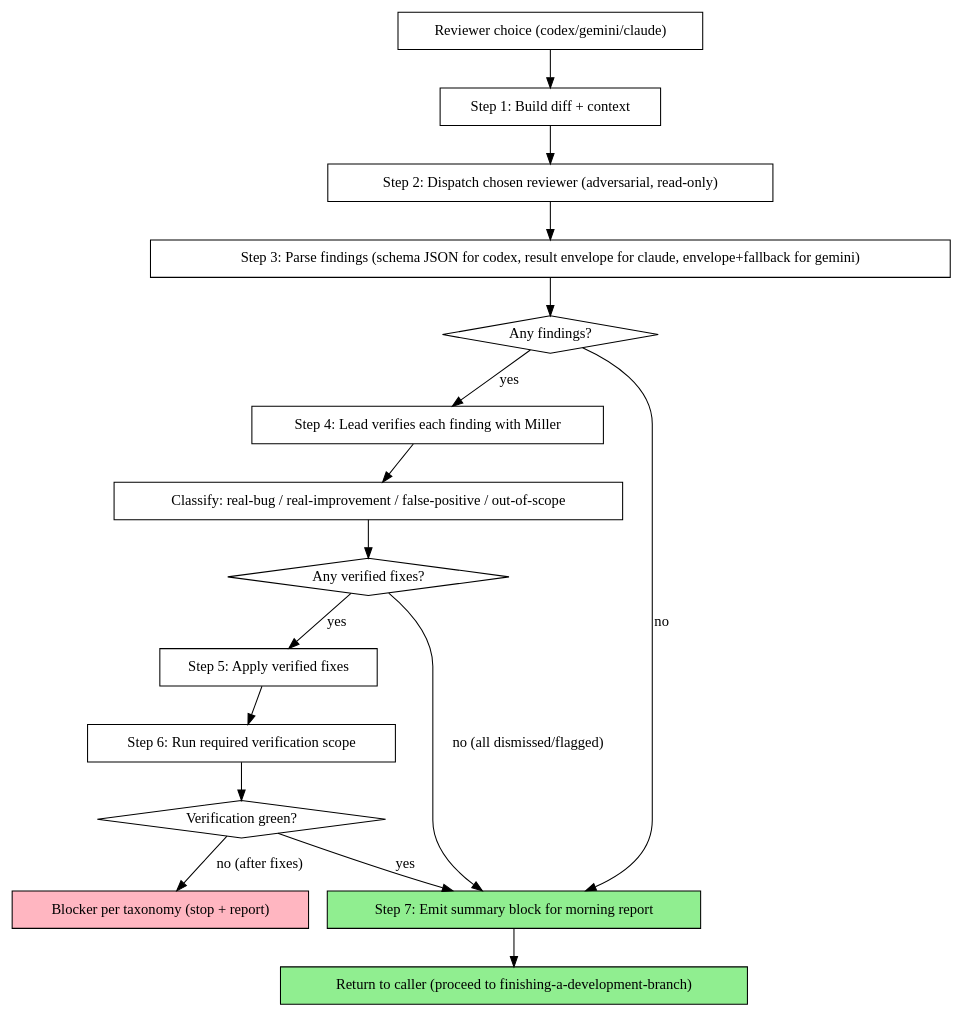
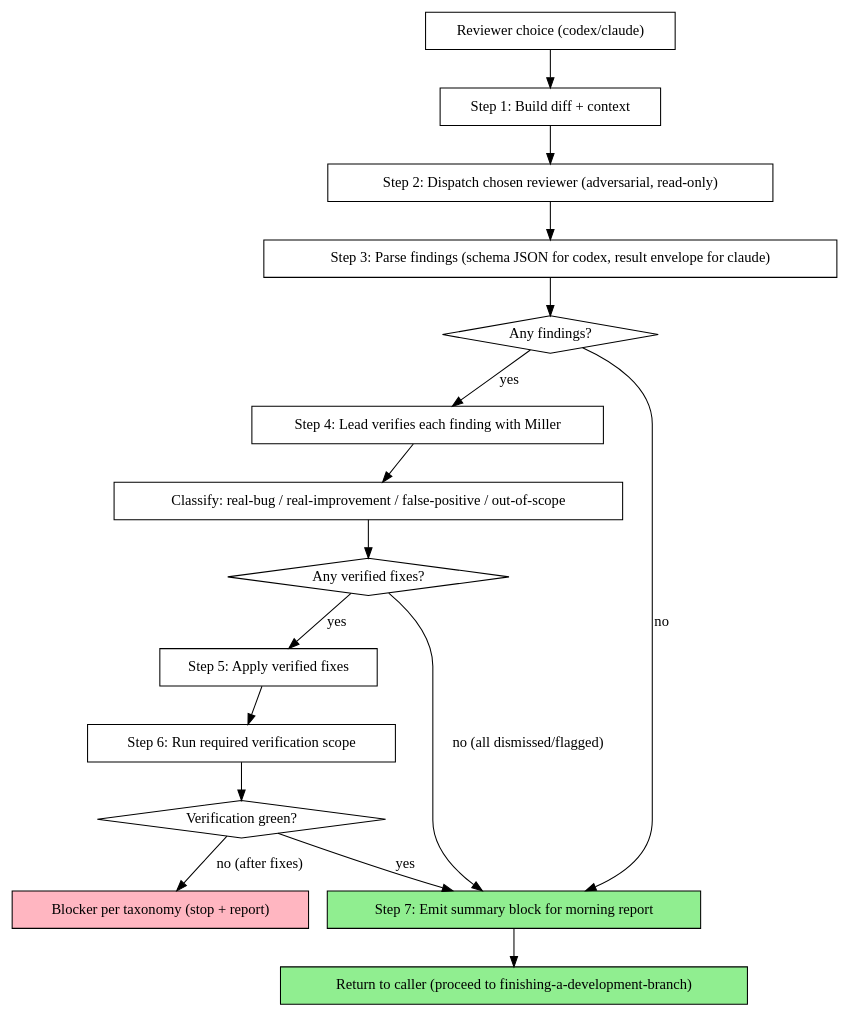
Before and after one commit to anortham/razorback: the diagram in skills/pre-merge-review/SKILL.md, drawn with Graphviz. The commit also changed other lines of this file and 15 other files, not shown here.

First line of the commit message:
descope: remove Gemini reviewer/delegation role, drop Copilot tools mapping

````diff
--- a/skills/pre-merge-review/SKILL.md
+++ b/skills/pre-merge-review/SKILL.md
@@ -32,36 +32,36 @@
 ```dot
 digraph pre_merge_review {
     rankdir=TB;
 
-    "Reviewer choice (codex/gemini/claude)" [shape=box];
+    "Reviewer choice (codex/claude)" [shape=box];
     "Step 1: Build diff + context" [shape=box];
     "Step 2: Dispatch chosen reviewer (adversarial, read-only)" [shape=box];
-    "Step 3: Parse findings (schema JSON for codex, result envelope for claude, envelope+fallback for gemini)" [shape=box];
+    "Step 3: Parse findings (schema JSON for codex, result envelope for claude)" [shape=box];
     "Any findings?" [shape=diamond];
     "Step 4: Lead verifies each finding with Miller" [shape=box];
     "Classify: real-bug / real-improvement / false-positive / out-of-scope" [shape=box];
     "Any verified fixes?" [shape=diamond];
     "Step 5: Apply verified fixes" [shape=box];
     "Step 6: Run required verification scope" [shape=box];
     "Verification green?" [shape=diamond];
     "Step 7: Emit summary block for morning report" [shape=box style=filled fillcolor=lightgreen];
     "Return to caller (proceed to finishing-a-development-branch)" [shape=box style=filled fillcolor=lightgreen];
     "Blocker per taxonomy (stop + report)" [shape=box style=filled fillcolor=lightpink];
 
-    "Reviewer choice (codex/gemini/claude)" -> "Step 1: Build diff + context";
+    "Reviewer choice (codex/claude)" -> "Step 1: Build diff + context";
     "Step 1: Build diff + context" -> "Step 2: Dispatch chosen reviewer (adversarial, read-only)";
-    "Step 2: Dispatch chosen reviewer (adversarial, read-only)" -> "Step 3: Parse findings (schema JSON for codex, result envelope for claude, envelope+fallback for gemini)";
-    "Step 3: Parse findings (schema JSON for codex, result envelope for claude, envelope+fallback for gemini)" -> "Any findings?";
+    "Step 2: Dispatch chosen reviewer (adversarial, read-only)" -> "Step 3: Parse findings (schema JSON for codex, result envelope for claude)";
+    "Step 3: Parse findings (schema JSON for codex, result envelope for claude)" -> "Any findings?";
     "Any findings?" -> "Step 7: Emit summary block for morning report" [label="no"];
     "Any findings?" -> "Step 4: Lead verifies each finding with Miller" [label="yes"];
     "Step 4: Lead verifies each finding with Miller" -> "Classify: real-bug / real-improvement / false-positive / out-of-scope";
     "Classify: real-bug / real-improvement / false-positive / out-of-scope" -> "Any verified fixes?";
     "Any verified fixes?" -> "Step 7: Emit summary block for morning report" [label="no (all dismissed/flagged)"];
     "Any verified fixes?" -> "Step 5: Apply verified fixes" [label="yes"];
     "Step 5: Apply verified fixes" -> "Step 6: Run required verification scope";
     "Step 6: Run required verification scope" -> "Verification green?";
     "Verification green?" -> "Step 7: Emit summary block for morning report" [label="yes"];
     "Verification green?" -> "Blocker per taxonomy (stop + report)" [label="no (after fixes)"];
     "Step 7: Emit summary block for morning report" -> "Return to caller (proceed to finishing-a-development-branch)";
 }
 ```
````
